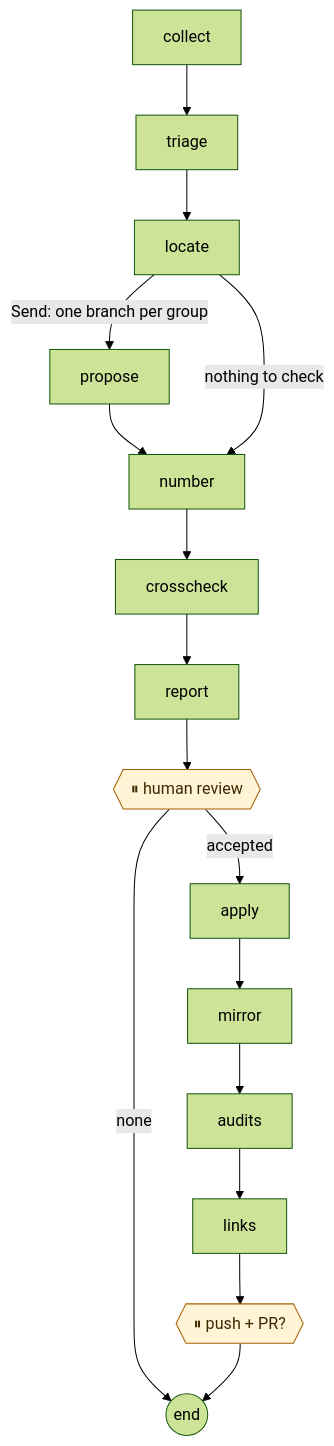
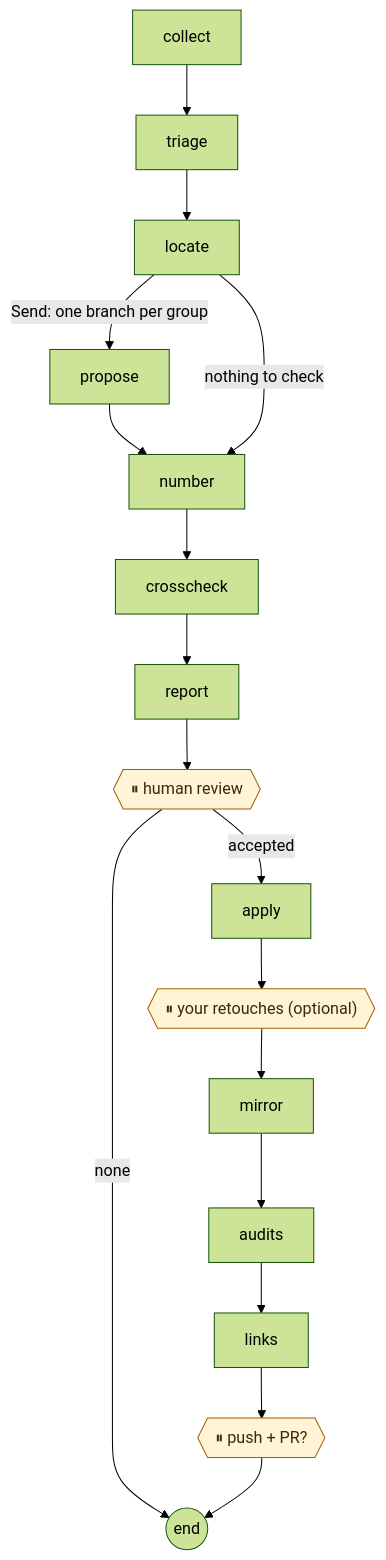
The second of 2 diagrams in README.md (DamienBecherini/vault-watch-agent), drawn with Mermaid (forest theme) before and after one commit. The commit also changed other lines of this file and 22 other files, not shown here.

Commit message:
H3: a pause to retouch the pages of the branch before the mirrors (the guide's folder lent to Obsidian, drafts set aside and put back, an editor in the page, the retouches committed as the editor's; resume --retouch)

````diff
--- a/README.md
+++ b/README.md
@@ -93,12 +93,12 @@
 ```mermaid
 flowchart TD
   collect --> triage --> locate
   locate -->|"Send: one branch per group"| propose --> number
   locate -->|nothing to check| number
   number --> crosscheck --> report --> review{{"⏸ human review"}}
-  review -->|accepted| apply --> mirror --> audits --> links --> publish{{"⏸ push + PR?"}}
+  review -->|accepted| apply --> retouch{{"⏸ your retouches (optional)"}} --> mirror --> audits --> links --> publish{{"⏸ push + PR?"}}
   review -->|none| stop((end))
   publish --> stop
   classDef human fill:#fff4d6,stroke:#a65f00,color:#3d2a00
-  class review,publish human
+  class review,retouch,publish human
 ```
````
